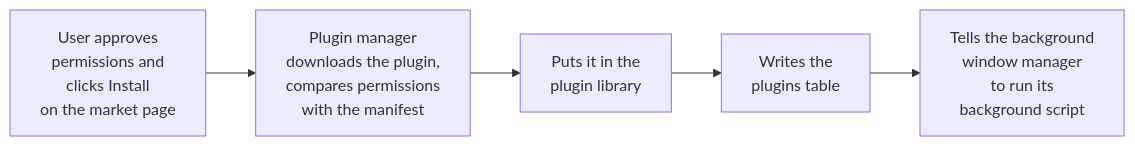
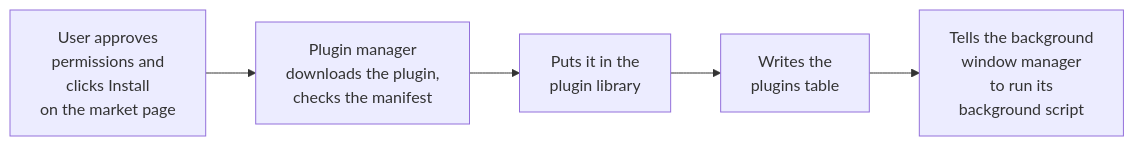
One commit to Tomotsugu-dev/Hindsight changed the third of 7 diagrams in docs/design/plugins/en/plugins-architecture.md. Above: the diagram before and after it, drawn with Mermaid. The commit also changed other lines of this file and 11 other files, not shown here.

First line of the commit message:
docs(plugins): list permissions and update the install design

````diff
--- a/docs/design/plugins/en/plugins-architecture.md
+++ b/docs/design/plugins/en/plugins-architecture.md
@@ -124,4 +124,4 @@
 ```mermaid
 flowchart LR
-  U["User approves<br/>permissions and<br/>clicks Install<br/>on the market page"] --> M1["Plugin manager<br/>downloads the plugin,<br/>compares permissions<br/>with the manifest"] --> M2["Puts it in the<br/>plugin library"] --> M3["Writes the<br/>plugins table"] --> M4["Tells the background<br/>window manager<br/>to run its<br/>background script"]
+  U["User approves<br/>permissions and<br/>clicks Install<br/>on the market page"] --> M1["Plugin manager<br/>downloads the plugin,<br/>checks the manifest"] --> M2["Puts it in the<br/>plugin library"] --> M3["Writes the<br/>plugins table"] --> M4["Tells the background<br/>window manager<br/>to run its<br/>background script"]
 ```
````
